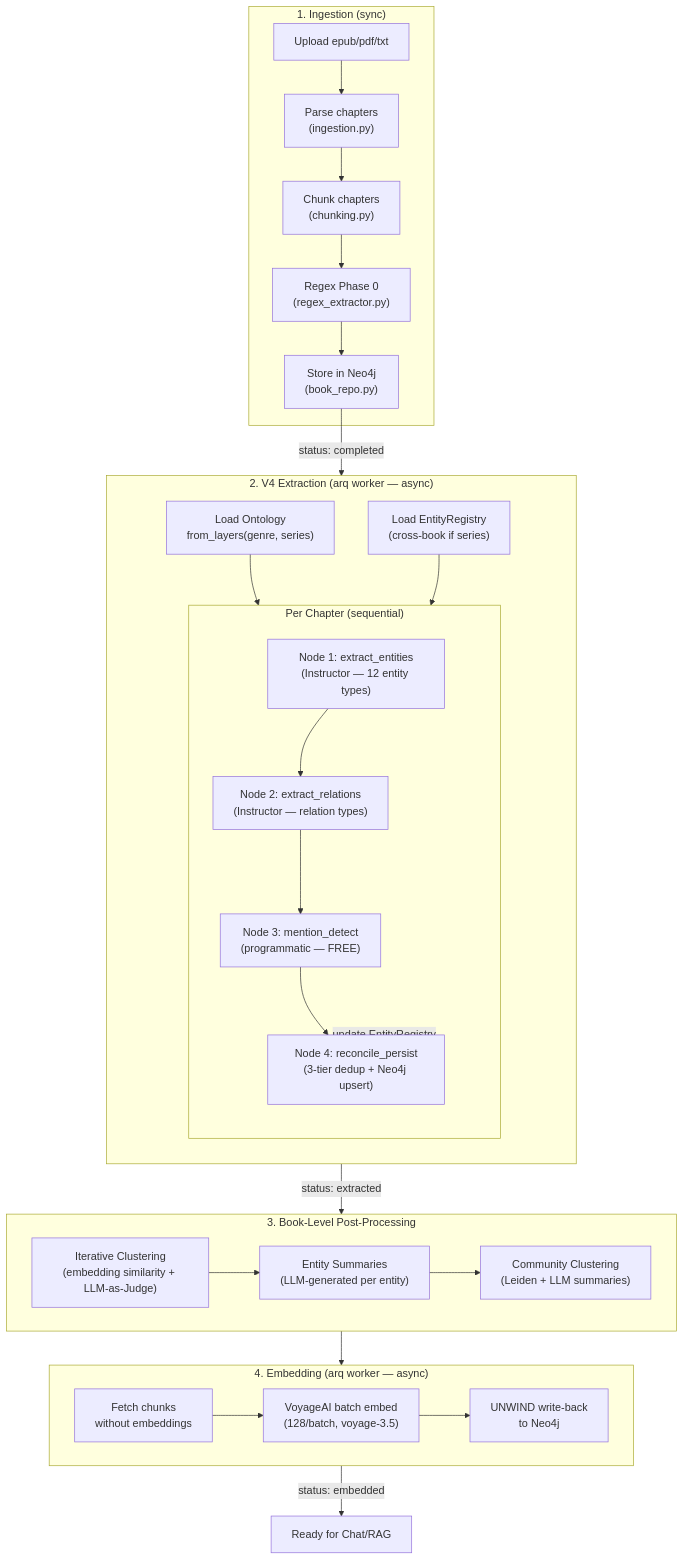
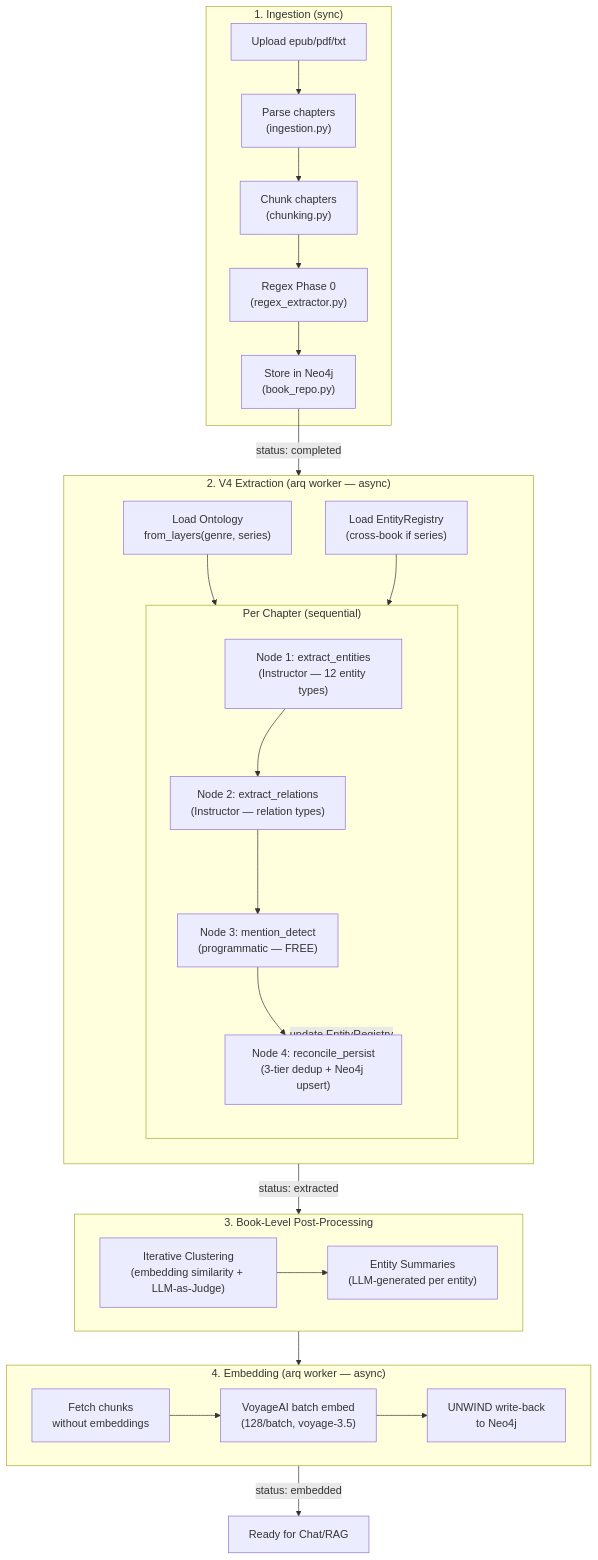
Before and after one commit to xairon/WorldRAG: the first of 8 diagrams in docs/extraction-pipeline.md, drawn with Mermaid. The commit also changed other lines of this file and 65 other files, not shown here.

First line of the commit message:
refactor: remove Graphiti, saga profiles, and 7.5K lines of dead code

````diff
--- a/docs/extraction-pipeline.md
+++ b/docs/extraction-pipeline.md
@@ -59,49 +59,48 @@
 ```mermaid
 flowchart TB
     subgraph Ingestion["1. Ingestion (sync)"]
         Upload["Upload epub/pdf/txt"]
         Parse["Parse chapters<br/>(ingestion.py)"]
         Chunk["Chunk chapters<br/>(chunking.py)"]
         Regex0["Regex Phase 0<br/>(regex_extractor.py)"]
         Store["Store in Neo4j<br/>(book_repo.py)"]
         Upload --> Parse --> Chunk --> Regex0 --> Store
     end
 
     subgraph Extraction["2. V4 Extraction (arq worker — async)"]
         direction TB
         LoadOntology["Load Ontology<br/>from_layers(genre, series)"]
         LoadRegistry["Load EntityRegistry<br/>(cross-book if series)"]
 
         subgraph PerChapter["Per Chapter (sequential)"]
             direction TB
             Node1["Node 1: extract_entities<br/>(Instructor — 12 entity types)"]
             Node2["Node 2: extract_relations<br/>(Instructor — relation types)"]
             Node3["Node 3: mention_detect<br/>(programmatic — FREE)"]
             Node4["Node 4: reconcile_persist<br/>(3-tier dedup + Neo4j upsert)"]
             Node1 --> Node2 --> Node3 --> Node4
         end
 
         LoadOntology --> PerChapter
         LoadRegistry --> PerChapter
         Node4 -->|"update EntityRegistry"| PerChapter
     end
 
     subgraph PostProcess["3. Book-Level Post-Processing"]
         Cluster["Iterative Clustering<br/>(embedding similarity + LLM-as-Judge)"]
         Summaries["Entity Summaries<br/>(LLM-generated per entity)"]
-        Communities["Community Clustering<br/>(Leiden + LLM summaries)"]
-        Cluster --> Summaries --> Communities
+        Cluster --> Summaries
     end
 
     subgraph Embedding["4. Embedding (arq worker — async)"]
         FetchChunks["Fetch chunks<br/>without embeddings"]
         VoyageBatch["VoyageAI batch embed<br/>(128/batch, voyage-3.5)"]
         WriteBack["UNWIND write-back<br/>to Neo4j"]
         FetchChunks --> VoyageBatch --> WriteBack
     end
 
     Store -->|"status: completed"| Extraction
     Extraction -->|"status: extracted"| PostProcess
     PostProcess --> Embedding
     Embedding -->|"status: embedded"| Done["Ready for Chat/RAG"]
 ```
````
